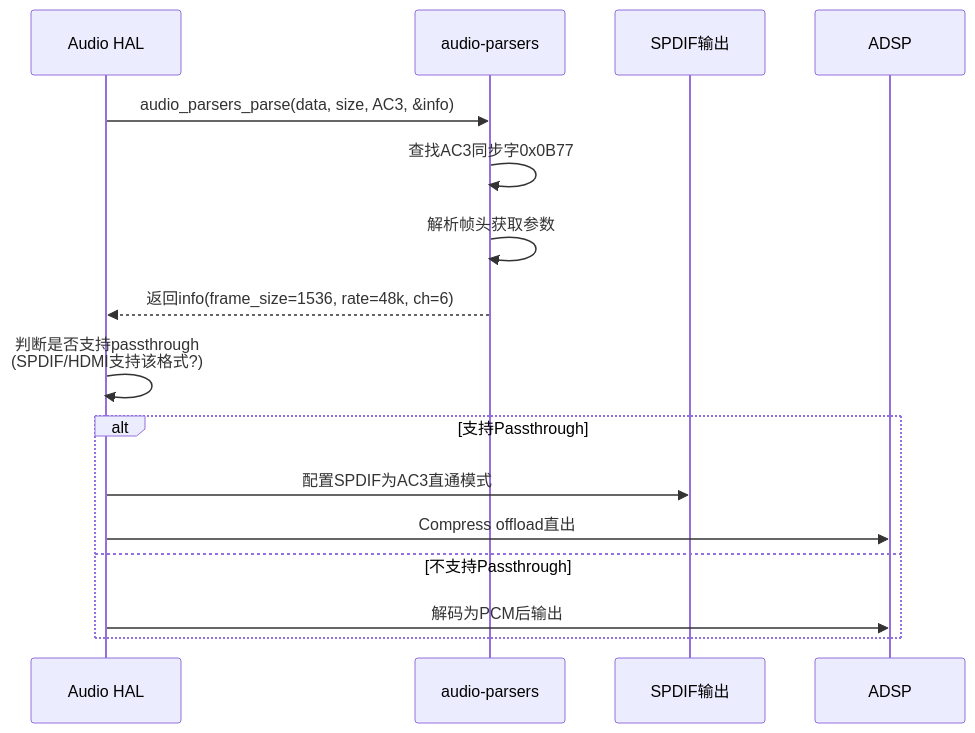
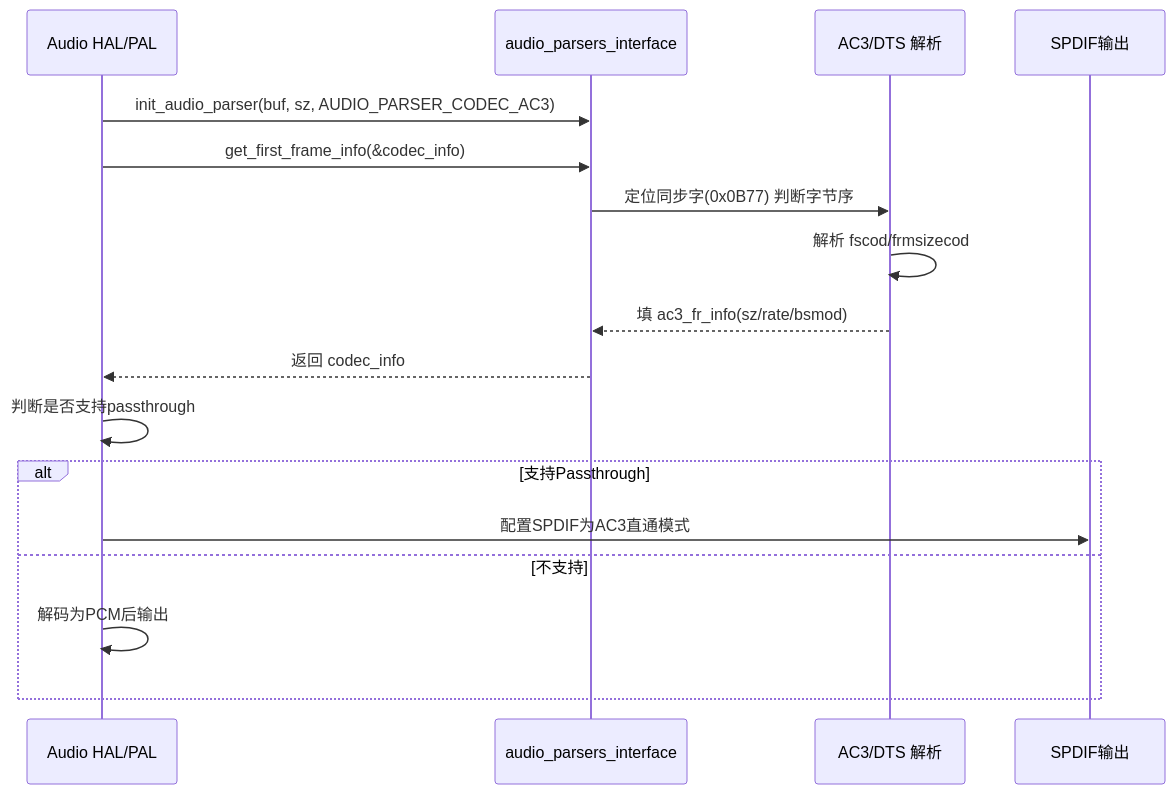
Before and after one commit to yanglinzhen1022/SA8295_AAOS_QNX_Audio_KnowledgeBase: the second of 2 diagrams in 15_PAL_Architecture/15_15.14_QC_audio-parsers_音频解析器.md, drawn with Mermaid. The commit also changed other lines of this file and 48 other files, not shown here.

````diff
--- a/15_PAL_Architecture/15_15.14_QC_audio-parsers_音频解析器.md
+++ b/15_PAL_Architecture/15_15.14_QC_audio-parsers_音频解析器.md
@@ -199,21 +215,22 @@
 ```mermaid
 sequenceDiagram
-    participant HAL as Audio HAL
-    participant PARSER as audio-parsers
+    participant HAL as Audio HAL/PAL
+    participant IF as audio_parsers_interface
+    participant AC3 as AC3/DTS 解析
     participant SPDIF as SPDIF输出
-    participant DSP as ADSP
 
-    HAL->>PARSER: audio_parsers_parse(data, size, AC3, &info)
-    PARSER->>PARSER: 查找AC3同步字0x0B77
-    PARSER->>PARSER: 解析帧头获取参数
-    PARSER-->>HAL: 返回info(frame_size=1536, rate=48k, ch=6)
+    HAL->>IF: init_audio_parser(buf, sz, AUDIO_PARSER_CODEC_AC3)
+    HAL->>IF: get_first_frame_info(&codec_info)
+    IF->>AC3: 定位同步字(0x0B77) 判断字节序
+    AC3->>AC3: 解析 fscod/frmsizecod
+    AC3-->>IF: 填 ac3_fr_info(sz/rate/bsmod)
+    IF-->>HAL: 返回 codec_info
 
-    HAL->>HAL: 判断是否支持passthrough<br/>(SPDIF/HDMI支持该格式?)
+    HAL->>HAL: 判断是否支持passthrough
 
     alt 支持Passthrough
         HAL->>SPDIF: 配置SPDIF为AC3直通模式
-        HAL->>DSP: Compress offload直出
-    else 不支持Passthrough
-        HAL->>DSP: 解码为PCM后输出
+    else 不支持
+        HAL->>HAL: 解码为PCM后输出
     end
 ```
````
